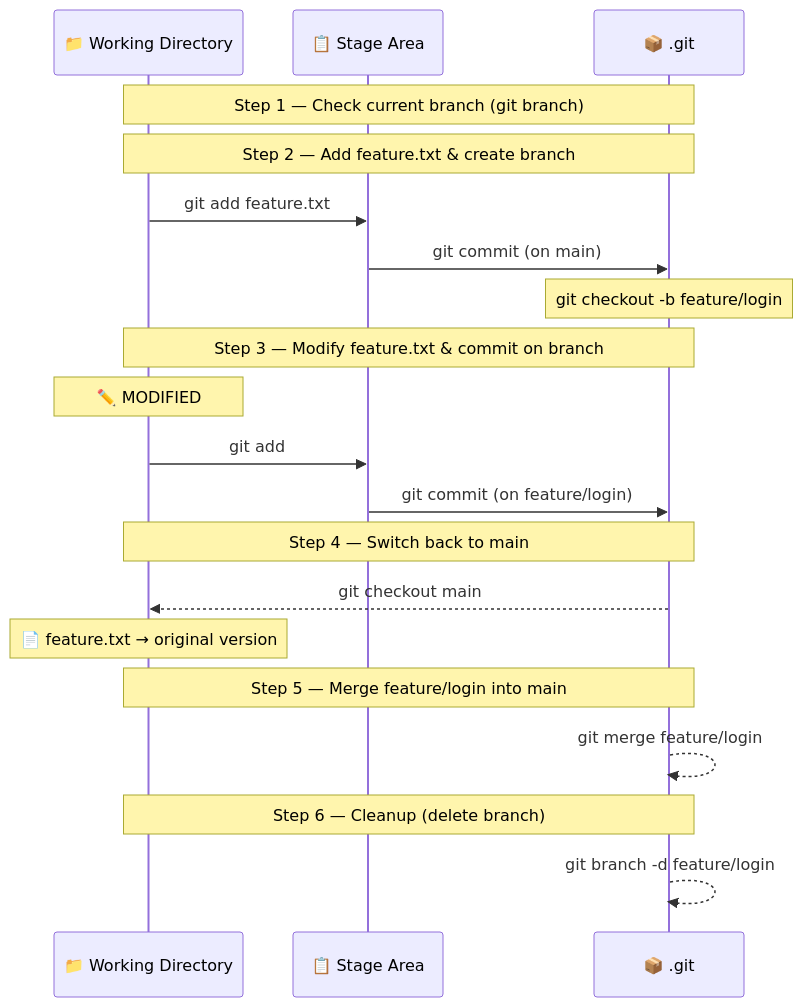
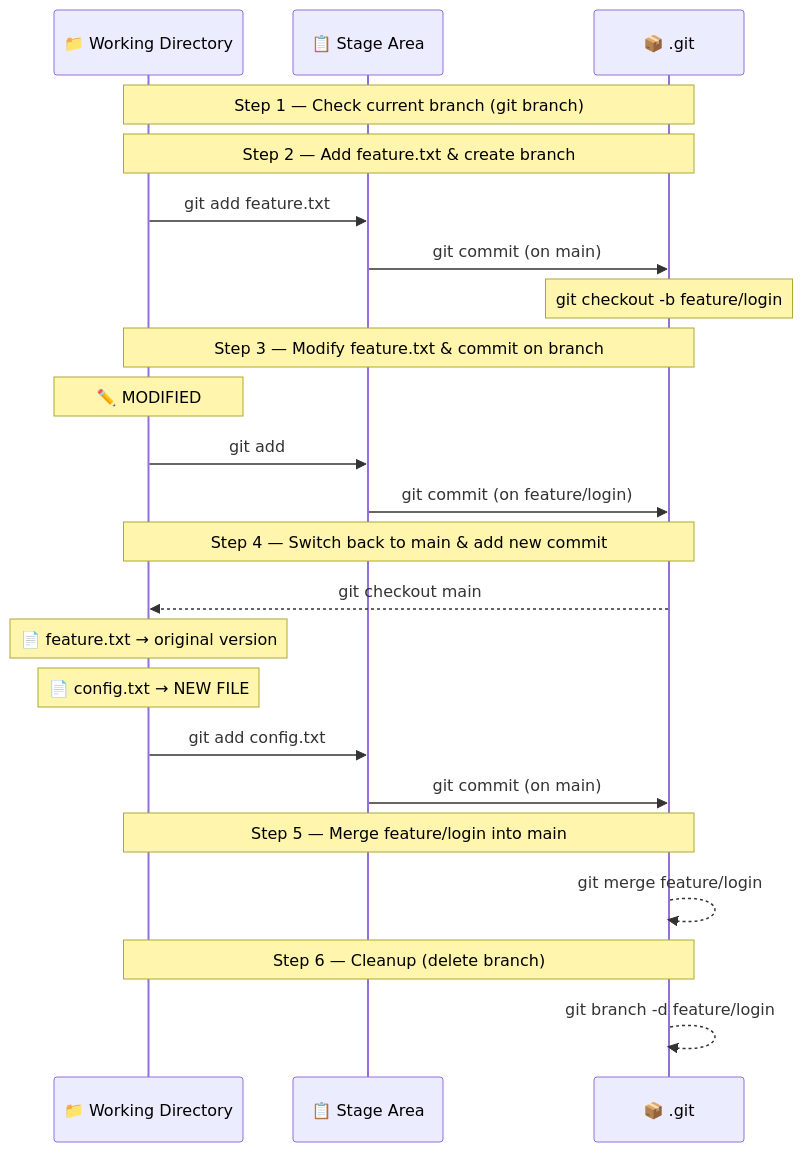
One commit to DaveFV91/GitCourse changed the second of 6 diagrams in 02-exercises/02-branches/branches-walkthrough.md. Above: the diagram before and after it, drawn with Mermaid. The commit also changed other lines of this file and 1 other file, not shown here.

````diff
--- a/02-exercises/02-branches/branches-walkthrough.md
+++ b/02-exercises/02-branches/branches-walkthrough.md
@@ -39,28 +39,31 @@
 ```mermaid
 sequenceDiagram
     participant WD as 📁 Working Directory
     participant SA as 📋 Stage Area
     participant GIT as 📦 .git
 
     Note over WD,GIT: Step 1 — Check current branch (git branch)
 
     Note over WD,GIT: Step 2 — Add feature.txt & create branch
     WD ->> SA: git add feature.txt
     SA ->> GIT: git commit (on main)
     Note over GIT: git checkout -b feature/login
 
     Note over WD,GIT: Step 3 — Modify feature.txt & commit on branch
     Note over WD: ✏️ MODIFIED
     WD ->> SA: git add
     SA ->> GIT: git commit (on feature/login)
 
-    Note over WD,GIT: Step 4 — Switch back to main
+    Note over WD,GIT: Step 4 — Switch back to main & add new commit
     GIT -->> WD: git checkout main
     Note over WD: 📄 feature.txt → original version
+    Note over WD: 📄 config.txt → NEW FILE
+    WD ->> SA: git add config.txt
+    SA ->> GIT: git commit (on main)
 
     Note over WD,GIT: Step 5 — Merge feature/login into main
     GIT -->> GIT: git merge feature/login
 
     Note over WD,GIT: Step 6 — Cleanup (delete branch)
     GIT -->> GIT: git branch -d feature/login
 ```
````
